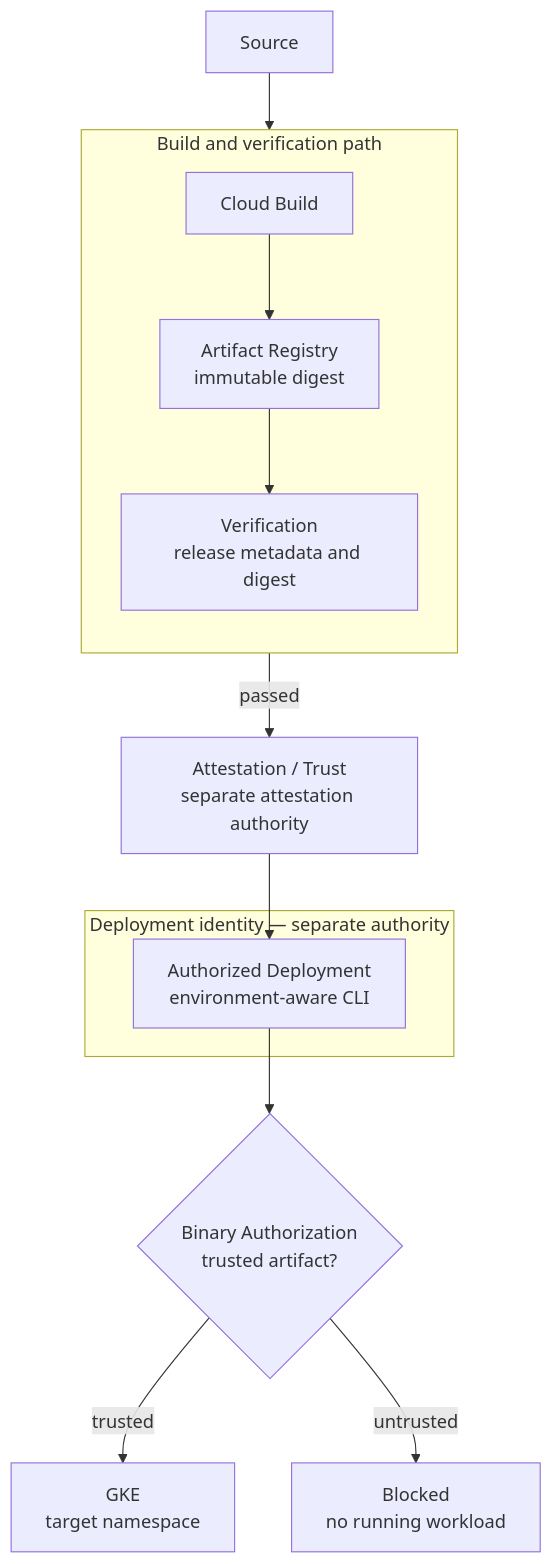
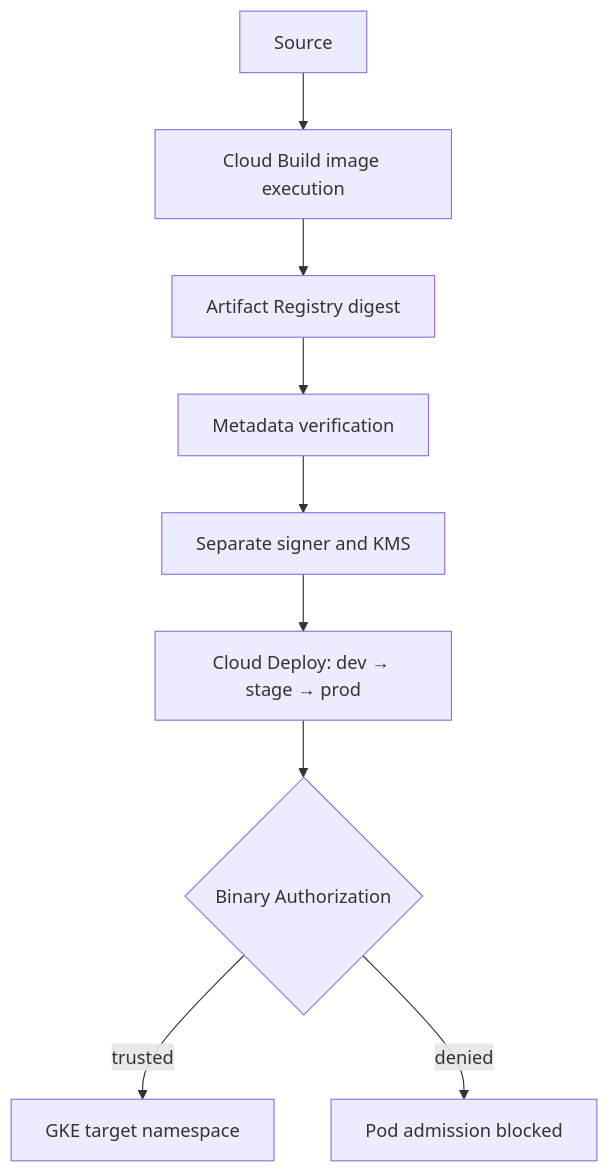
The diagram in README.md (DimitryZH/secure-delivery-platform), drawn with Mermaid before and after one commit. The commit also changed other lines of this file and 24 other files, not shown here.

````diff
--- a/README.md
+++ b/README.md
@@ -9,27 +5,11 @@
 ```mermaid
 flowchart TB
-    Source[Source]
-
-    subgraph BuildBoundary[Build and verification path]
-        direction TB
-        Build[Cloud Build]
-        Registry["Artifact Registry<br/>immutable digest"]
-        Verify["Verification<br/>release metadata and digest"]
-        Build --> Registry --> Verify
-    end
-
-    Trust["Attestation / Trust<br/>separate attestation authority"]
-
-    subgraph DeploymentBoundary[Deployment identity — separate authority]
-        Deploy["Authorized Deployment<br/>environment-aware CLI"]
-    end
-
-    Admission{"Binary Authorization<br/>trusted artifact?"}
-    Runtime["GKE<br/>target namespace"]
-    Source --> Build
-    Verify -->|passed| Trust
-    Trust --> Deploy
-    Deploy --> Admission
-    Admission -->|trusted| Runtime
-    Admission -->|untrusted| Blocked["Blocked<br/>no running workload"]
+    Source[Source] --> Build[Cloud Build image execution]
+    Build --> Registry[Artifact Registry digest]
+    Registry --> Verify[Metadata verification]
+    Verify --> Sign[Separate signer and KMS]
+    Sign --> Deploy[Cloud Deploy: dev → stage → prod]
+    Deploy --> Admission{Binary Authorization}
+    Admission -->|trusted| Runtime[GKE target namespace]
+    Admission -->|denied| Blocked[Pod admission blocked]
 ```
````
